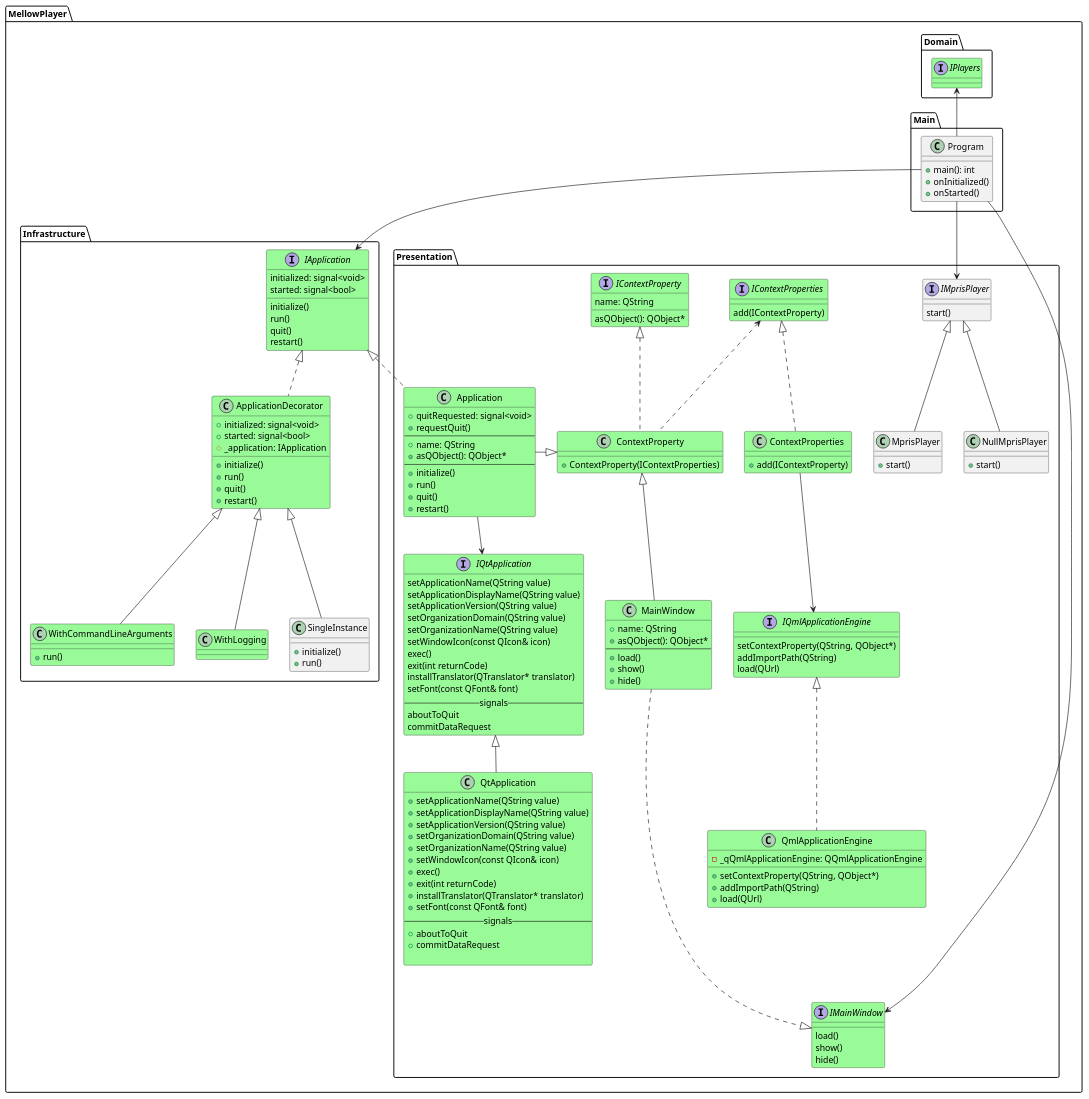
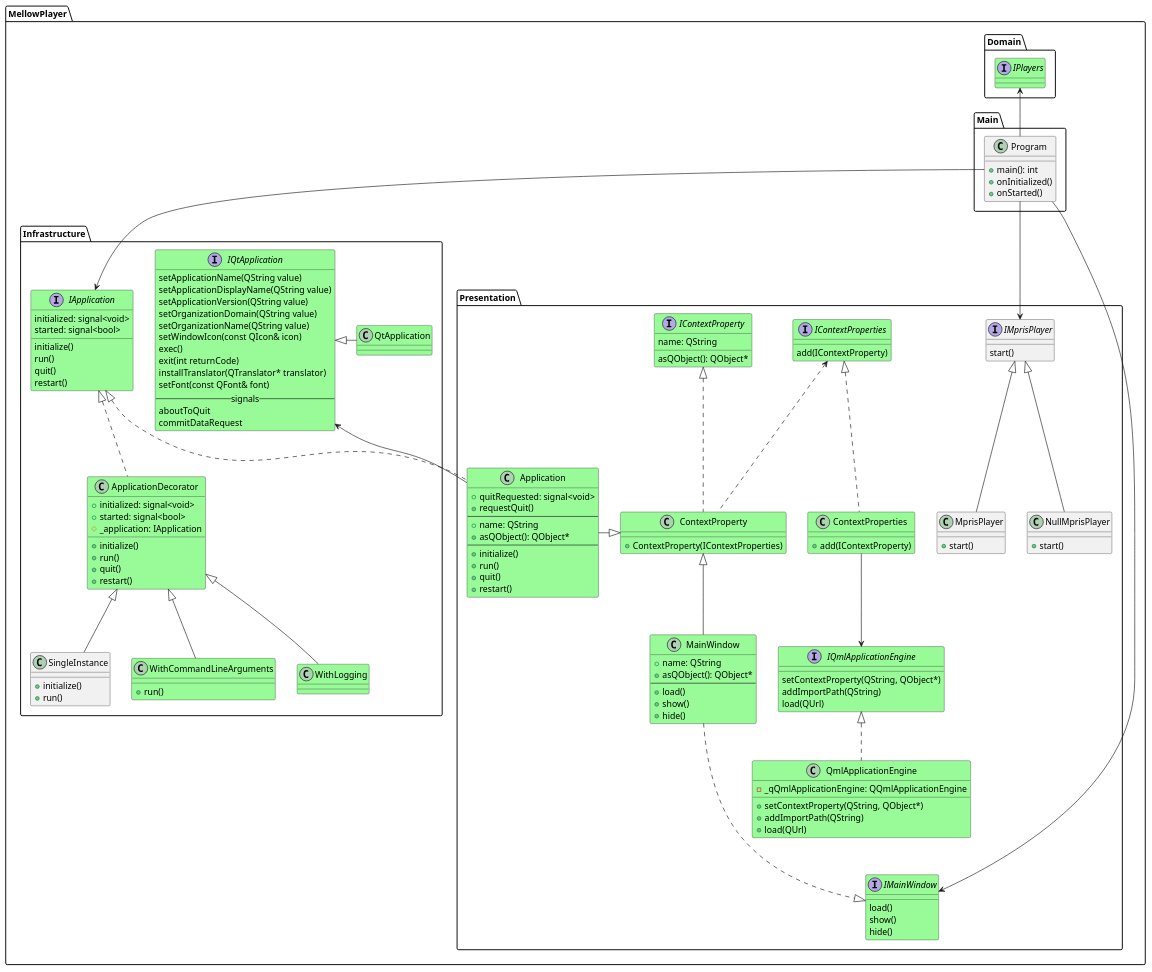
One commit to ColinDuquesnoy/MellowPlayer changed the diagram in docs/developers/PlantUml/Application.puml. Above: the diagram before and after it, drawn with PlantUML. The commit also changed 20 other files, not shown here.

```diff
--- a/docs/developers/PlantUml/Application.puml
+++ b/docs/developers/PlantUml/Application.puml
@@ -54,41 +54,28 @@
 
     }
     ApplicationDecorator <|-- WithLogging
+
+        interface IQtApplication #PaleGreen {
+            setApplicationName(QString value)
+            setApplicationDisplayName(QString value)
+            setApplicationVersion(QString value)
+            setOrganizationDomain(QString value)
+            setOrganizationName(QString value)
+            setWindowIcon(const QIcon& icon)
+            exec()
+            exit(int returnCode)
+            installTranslator(QTranslator* translator)
+            setFont(const QFont& font)
+            --signals--
+            aboutToQuit
+            commitDataRequest
+        }
+        class QtApplication #PaleGreen {
+        }
+        IQtApplication <|- QtApplication
 }
 
 namespace MellowPlayer.Presentation {
-    interface IQtApplication #PaleGreen {
-        setApplicationName(QString value)
-        setApplicationDisplayName(QString value)
-        setApplicationVersion(QString value)
-        setOrganizationDomain(QString value)
-        setOrganizationName(QString value)
-        setWindowIcon(const QIcon& icon)
-        exec()
-        exit(int returnCode)
-        installTranslator(QTranslator* translator)
-        setFont(const QFont& font)
-        --signals--
-        aboutToQuit
-        commitDataRequest
-    }
-    class QtApplication #PaleGreen {
-        + setApplicationName(QString value)
-        + setApplicationDisplayName(QString value)
-        + setApplicationVersion(QString value)
-        + setOrganizationDomain(QString value)
-        + setOrganizationName(QString value)
-        + setWindowIcon(const QIcon& icon)
-        + exec()
-        + exit(int returnCode)
-        + installTranslator(QTranslator* translator)
-        + setFont(const QFont& font)
-        --signals--
-        + aboutToQuit
-        + commitDataRequest
-
-    }
-    IQtApplication <|-- QtApplication
     class Application #PaleGreen {
         + quitRequested: signal<void>
         + requestQuit()
@@ -103,7 +90,7 @@
     }
     MellowPlayer.Infrastructure.IApplication <|.. Application
     ContextProperty <|- Application
-    Application -down-> IQtApplication
+    Application -> MellowPlayer.Infrastructure.IQtApplication
 
     interface IQmlApplicationEngine #PaleGreen {
         setContextProperty(QString, QObject*)
```
